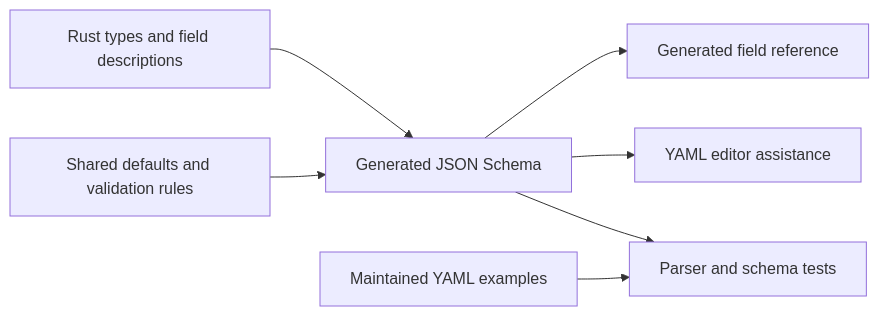
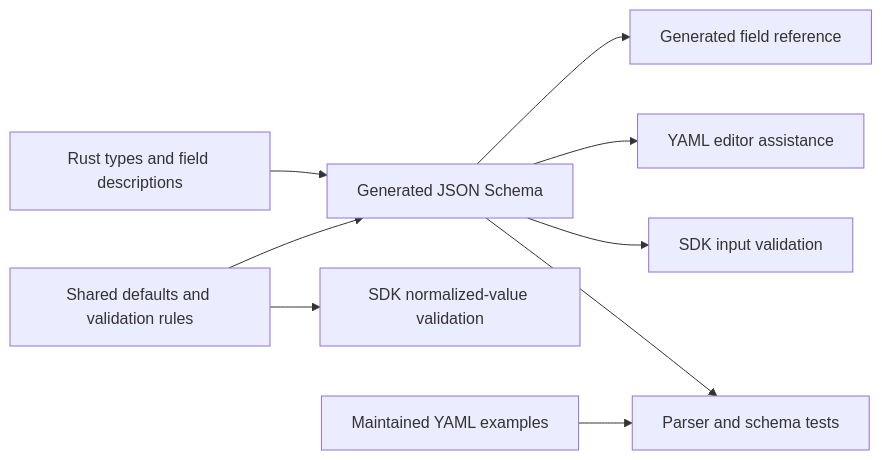
One commit to NVIDIA/NemoClaw changed the diagram in docs/configuration-schema.md. Above: the diagram before and after it, drawn with Mermaid. The commit also changed other lines of this file and 35 other files, not shown here.

First line of the commit message:
refactor(config): enforce generated schemas throughout SDK validation

````diff
--- a/docs/configuration-schema.md
+++ b/docs/configuration-schema.md
@@ -12,9 +12,11 @@
 ```mermaid
 flowchart LR
     Types["Rust types and field descriptions"] --> Schema["Generated JSON Schema"]
     Rules["Shared defaults and validation rules"] --> Schema
     Schema --> Reference["Generated field reference"]
     Schema --> Editor["YAML editor assistance"]
+    Schema --> Runtime["SDK input validation"]
+    Rules --> Normalized["SDK normalized-value validation"]
     Examples["Maintained YAML examples"] --> Tests["Parser and schema tests"]
     Schema --> Tests
 ```
````
